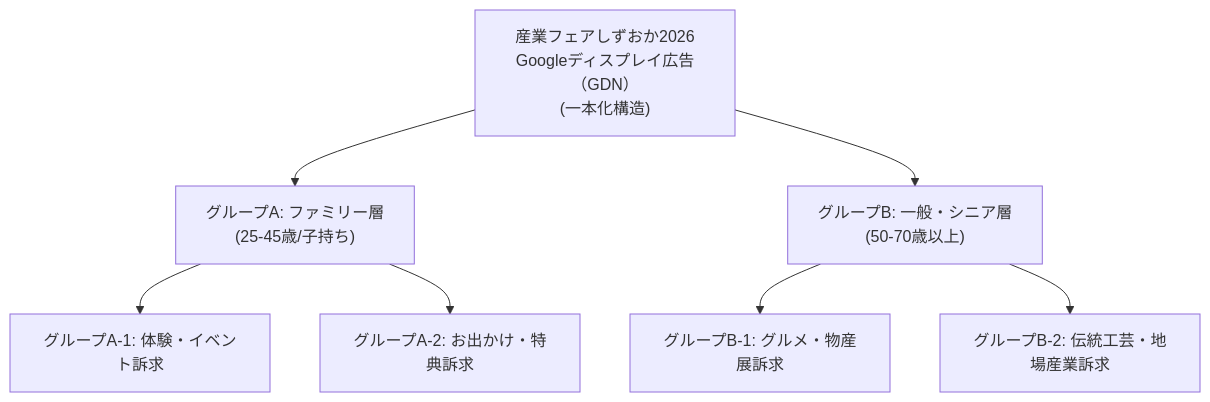
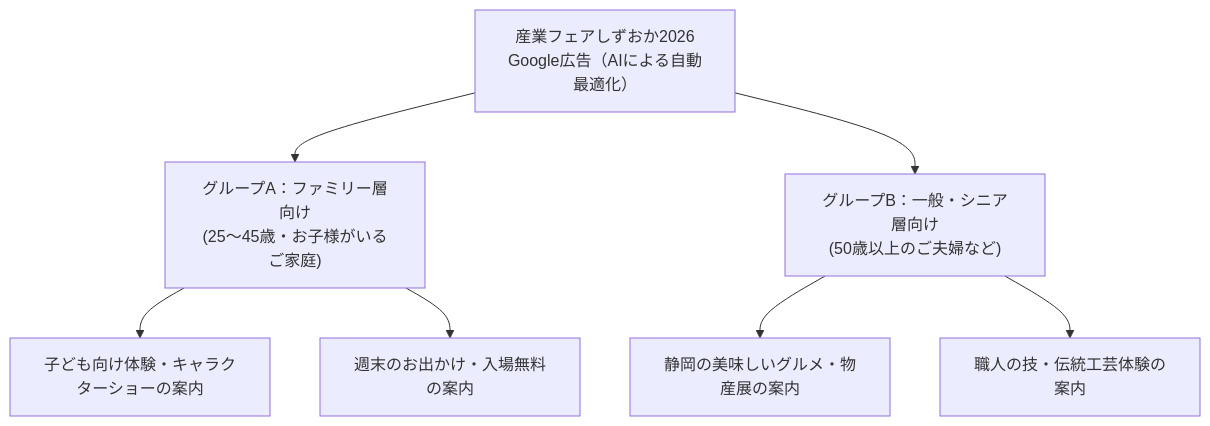
The third of 4 diagrams in docs/02_プロモーション計画/クライアント説明用_WEBプロモーション統合計画書_2026.md (yamada-sap/shizuoka-fair-2026), drawn with Mermaid before and after one commit. The commit also changed other lines of this file and 38 other files, not shown here.

````diff
--- a/docs/02_プロモーション計画/クライアント説明用_WEBプロモーション統合計画書_2026.md
+++ b/docs/02_プロモーション計画/クライアント説明用_WEBプロモーション統合計画書_2026.md
@@ -126,10 +389,10 @@
 ```mermaid
 graph TD
-    Root["産業フェアしずおか2026<br>Googleディスプレイ広告（GDN）<br>(一本化構造)"] --> GroupA["グループA: ファミリー層<br>(25-45歳/子持ち)"]
-    Root --> GroupB["グループB: 一般・シニア層<br>(50-70歳以上)"]
+    Root["産業フェアしずおか2026<br>Google広告（AIによる自動最適化）"] --> GroupA["グループA：ファミリー層向け<br>(25〜45歳・お子様がいるご家庭)"]
+    Root --> GroupB["グループB：一般・シニア層向け<br>(50歳以上のご夫婦など)"]
 
-    GroupA --> GroupA1["グループA-1: 体験・イベント訴求"]
-    GroupA --> GroupA2["グループA-2: お出かけ・特典訴求"]
-    GroupB --> GroupB1["グループB-1: グルメ・物産展訴求"]
-    GroupB --> GroupB2["グループB-2: 伝統工芸・地場産業訴求"]
+    GroupA --> GroupA1["子ども向け体験・キャラクターショーの案内"]
+    GroupA --> GroupA2["週末のお出かけ・入場無料の案内"]
+    GroupB --> GroupB1["静岡の美味しいグルメ・物産展の案内"]
+    GroupB --> GroupB2["職人の技・伝統工芸体験の案内"]
 ```
````
